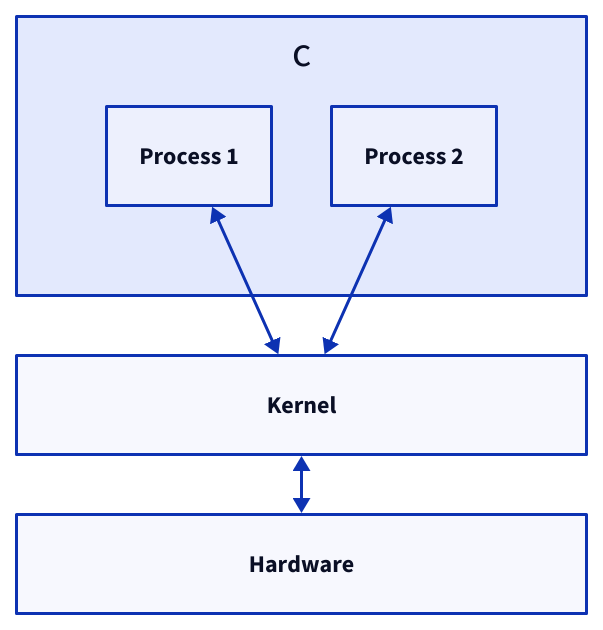
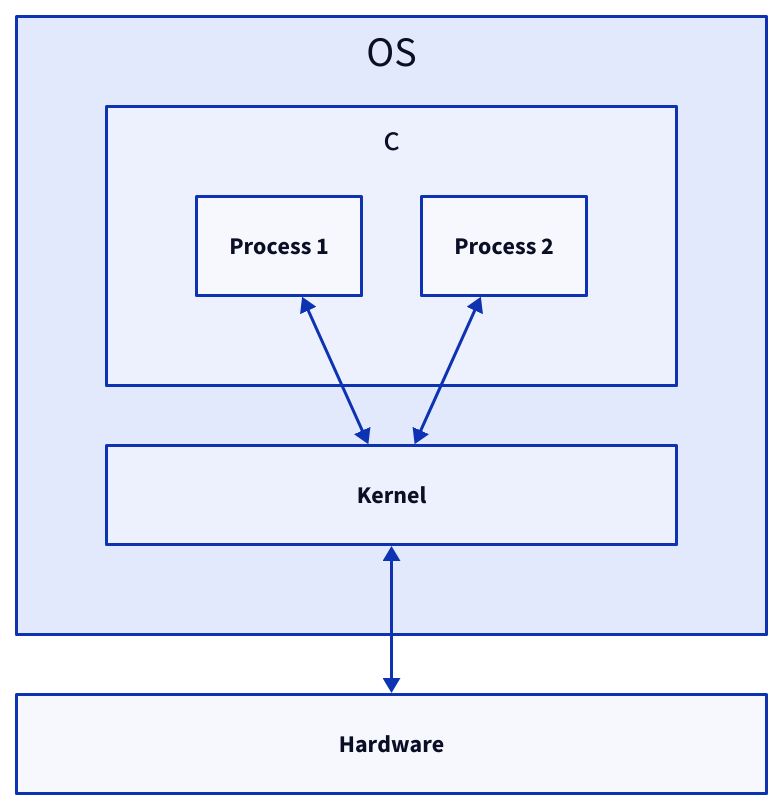
Before and after one commit to link1905/system-design-101: the first of 26 diagrams in content/docs/system-administration/system-deployment/containerization.md, drawn with D2. The commit also changed other lines of this file and 21 other files, not shown here.

````diff
--- a/content/docs/system-administration/system-deployment/containerization.md
+++ b/content/docs/system-administration/system-deployment/containerization.md
@@ -23,22 +23,25 @@
 ```d2
 grid-columns: 1
-c {
-  class: none
-  grid-rows: 1
-  c1: Process 1 {
-    class: process
+o: OS {
+  grid-columns: 1
+  c {
+    class: none
+    grid-rows: 1
+    c1: Process 1 {
+      class: process
+    }
+    c2: Process 2 {
+      class: process
+    }
   }
-  c2: Process 2 {
-    class: process
+  k: Kernel {
+    class: gw
   }
 }
-k: Kernel {
-  class: gw
+h: Hardware {
+  class: hd
 }
-h: Hardware {
-  class: hw
-}
-c.c1 <-> k
-c.c2 <-> k
-k <-> h
+o.c.c1 <-> o.k
+o.c.c2 <-> o.k
+o.k <-> h
 ```
````
